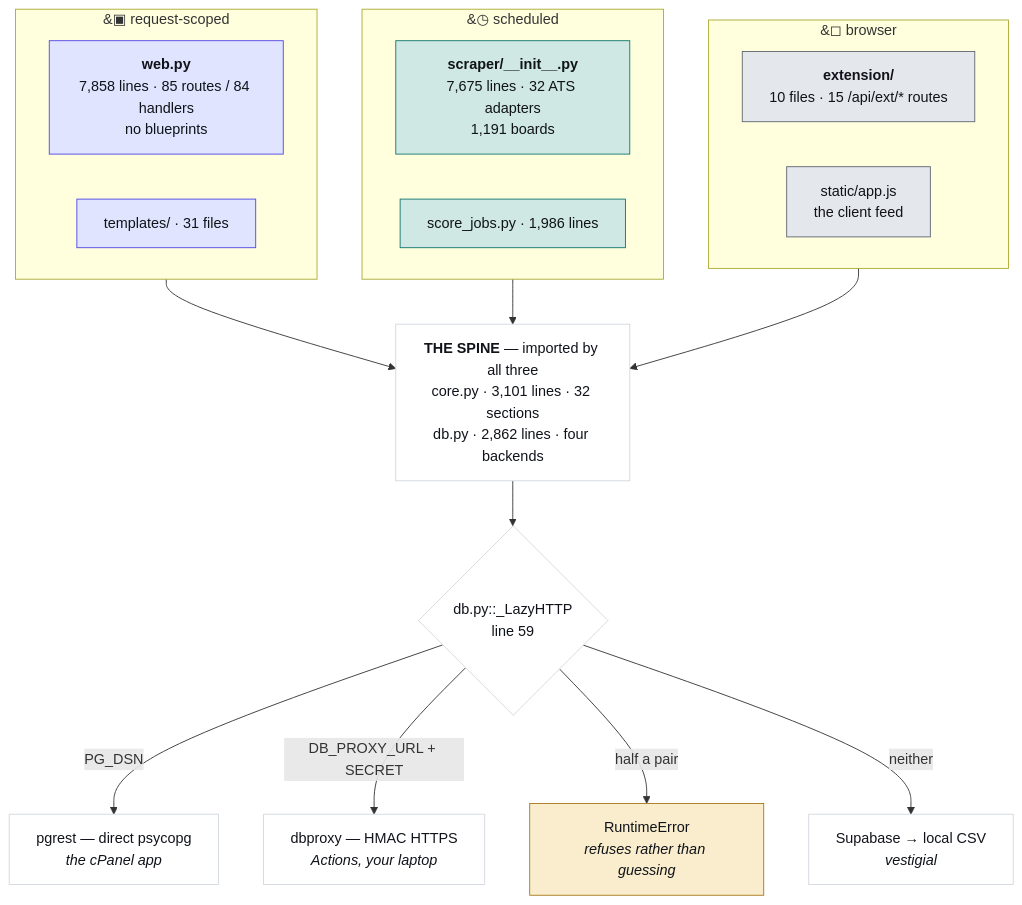
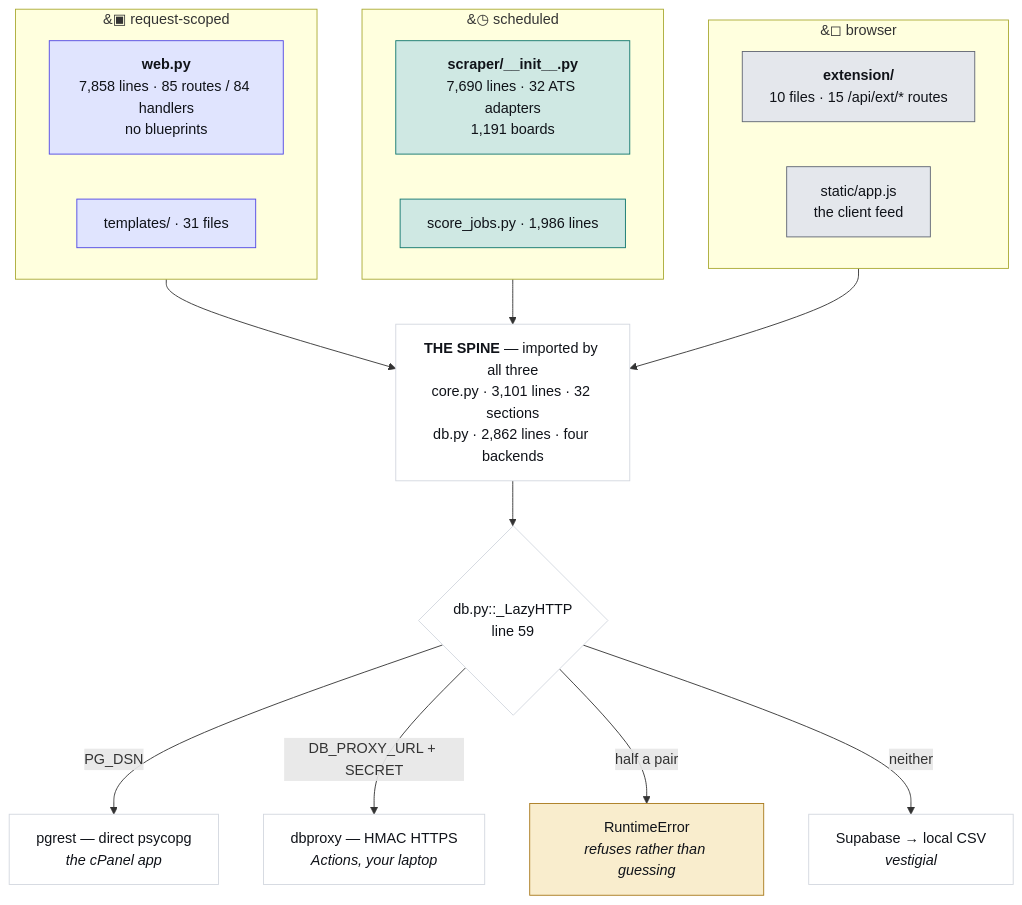
Before and after one commit to hadakunal909-debug/job-search-tool: the first of 4 diagrams in JobMatch Scraper/docs/ARCHITECTURE.md, drawn with Mermaid. The commit also changed other lines of this file and 6 other files, not shown here.

````diff
--- a/JobMatch Scraper/docs/ARCHITECTURE.md
+++ b/JobMatch Scraper/docs/ARCHITECTURE.md
@@ -45,34 +45,34 @@
 ```mermaid
 flowchart TB
   subgraph REQ["&#9635; request-scoped"]
     W["<b>web.py</b><br/>7,858 lines · 85 routes / 84 handlers<br/>no blueprints"]
     T["templates/ · 31 files"]
   end
   subgraph SCH["&#9719; scheduled"]
-    S["<b>scraper/__init__.py</b><br/>7,675 lines · 32 ATS adapters<br/>1,191 boards"]
+    S["<b>scraper/__init__.py</b><br/>7,690 lines · 32 ATS adapters<br/>1,191 boards"]
     J["score_jobs.py · 1,986 lines"]
   end
   subgraph CLI["&#9723; browser"]
     E["<b>extension/</b><br/>10 files · 15 /api/ext/* routes"]
     A["static/app.js<br/>the client feed"]
   end
   SPINE["<b>THE SPINE</b> — imported by all three<br/>core.py · 3,101 lines · 32 sections<br/>db.py · 2,862 lines · four backends"]
   REQ --> SPINE
   SCH --> SPINE
   CLI --> SPINE
   SPINE --> D{"db.py::_LazyHTTP<br/>line 59"}
   D -->|"PG_DSN"| P["pgrest — direct psycopg<br/><i>the cPanel app</i>"]
   D -->|"DB_PROXY_URL + SECRET"| X["dbproxy — HMAC HTTPS<br/><i>Actions, your laptop</i>"]
   D -->|"half a pair"| R["RuntimeError<br/><i>refuses rather than guessing</i>"]
   D -->|"neither"| V["Supabase → local CSV<br/><i>vestigial</i>"]
   classDef web fill:#e0e4fe,stroke:#4f46e5,color:#101319
   classDef sched fill:#cfe8e3,stroke:#0f766e,color:#101319
   classDef client fill:#e4e7ec,stroke:#5f6573,color:#101319
   classDef trap fill:#f9edcd,stroke:#a8781a,color:#101319
   classDef plain fill:#ffffff,stroke:#d3d7df,color:#101319
   class W,T web
   class S,J sched
   class E,A client
   class R trap
   class SPINE,D,P,X,V plain
 ```
````
